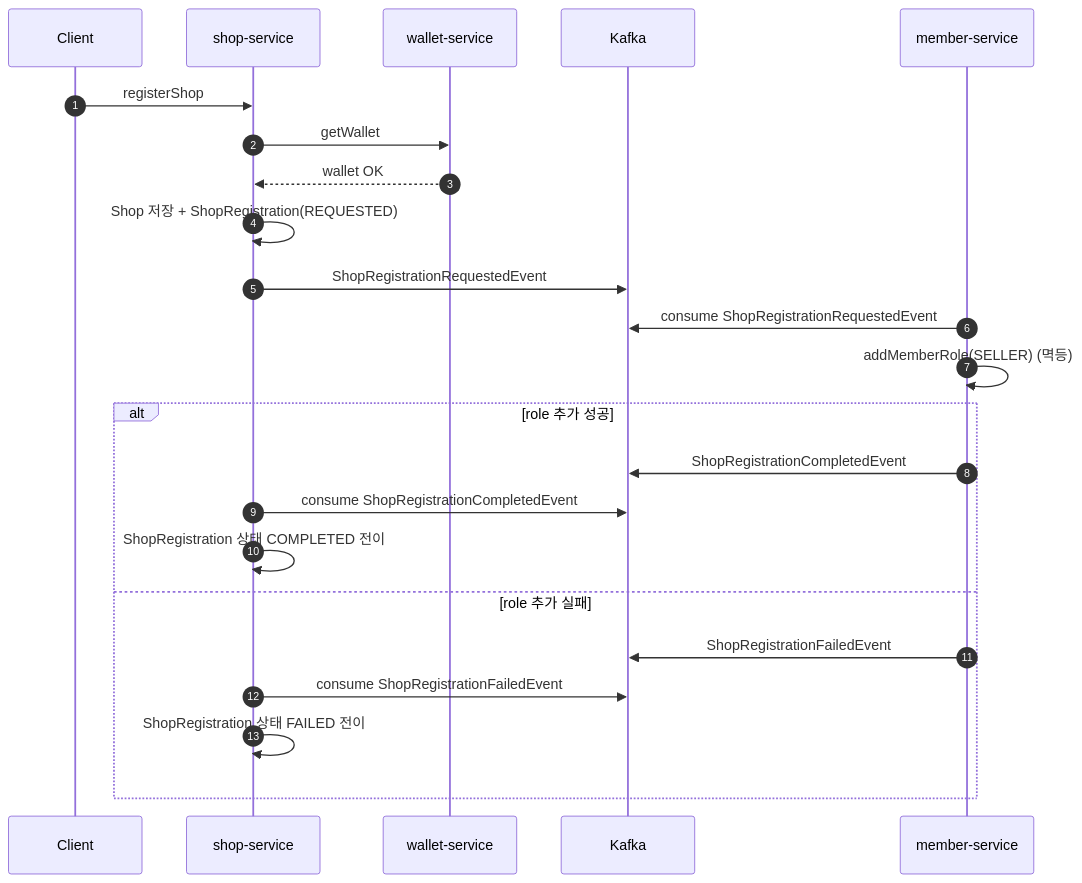
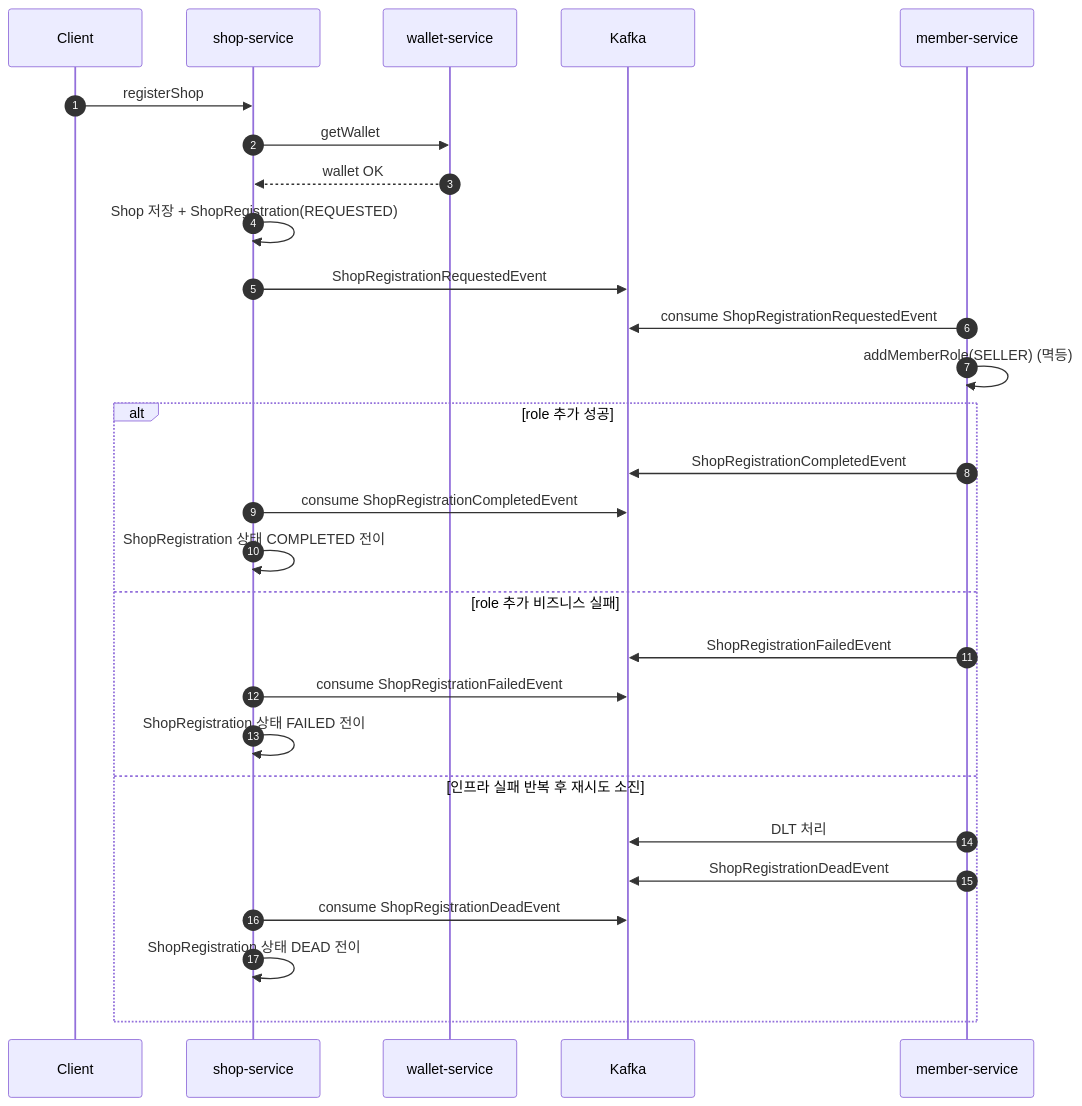
The diagram in shop-service/docs/shop_register_saga_design.md (95twan/myroutine), drawn with Mermaid before and after one commit. The commit also changed other lines of this file and 1 other file, not shown here.

Commit message:
docs: 설계 문서 재시도 및 DLT 반영

````diff
--- a/shop-service/docs/shop_register_saga_design.md
+++ b/shop-service/docs/shop_register_saga_design.md
@@ -159,26 +166,31 @@
 ```mermaid
 sequenceDiagram
     autonumber
     participant C as Client
     participant S as shop-service
     participant W as wallet-service
     participant K as Kafka
     participant M as member-service
 
     C->>S: registerShop
     S->>W: getWallet
     W-->>S: wallet OK
     S->>S: Shop 저장 + ShopRegistration(REQUESTED)
     S->>K: ShopRegistrationRequestedEvent
     M->>K: consume ShopRegistrationRequestedEvent
     M->>M: addMemberRole(SELLER) (멱등)
     alt role 추가 성공
         M->>K: ShopRegistrationCompletedEvent
         S->>K: consume ShopRegistrationCompletedEvent
         S->>S: ShopRegistration 상태 COMPLETED 전이
-    else role 추가 실패
+    else role 추가 비즈니스 실패
         M->>K: ShopRegistrationFailedEvent
         S->>K: consume ShopRegistrationFailedEvent
         S->>S: ShopRegistration 상태 FAILED 전이
+    else 인프라 실패 반복 후 재시도 소진
+        M->>K: DLT 처리
+        M->>K: ShopRegistrationDeadEvent
+        S->>K: consume ShopRegistrationDeadEvent
+        S->>S: ShopRegistration 상태 DEAD 전이
     end
 ```
````
